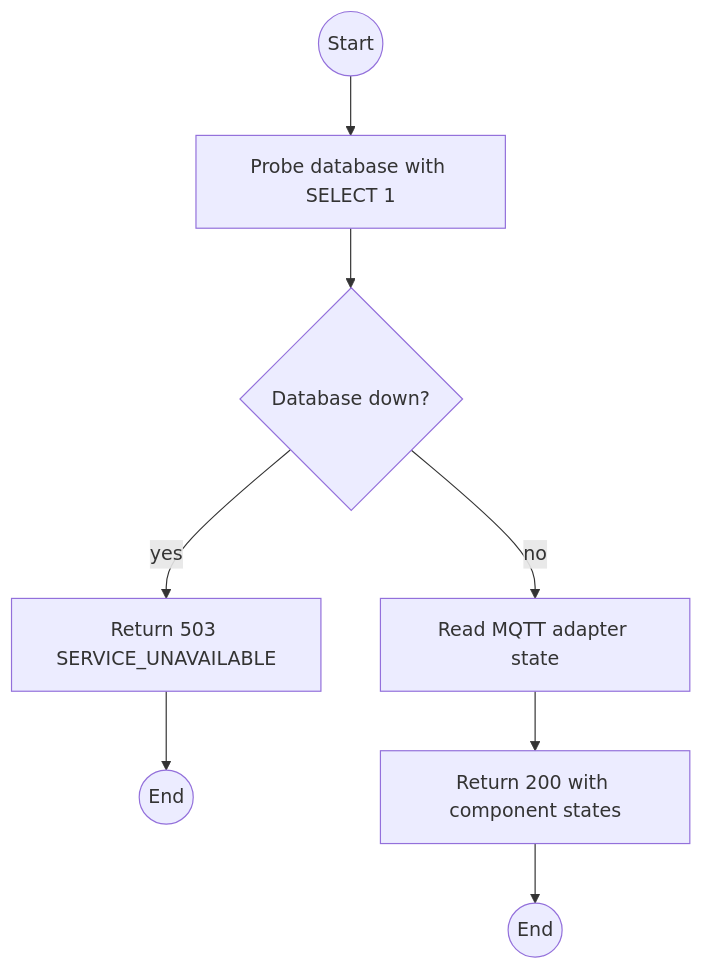
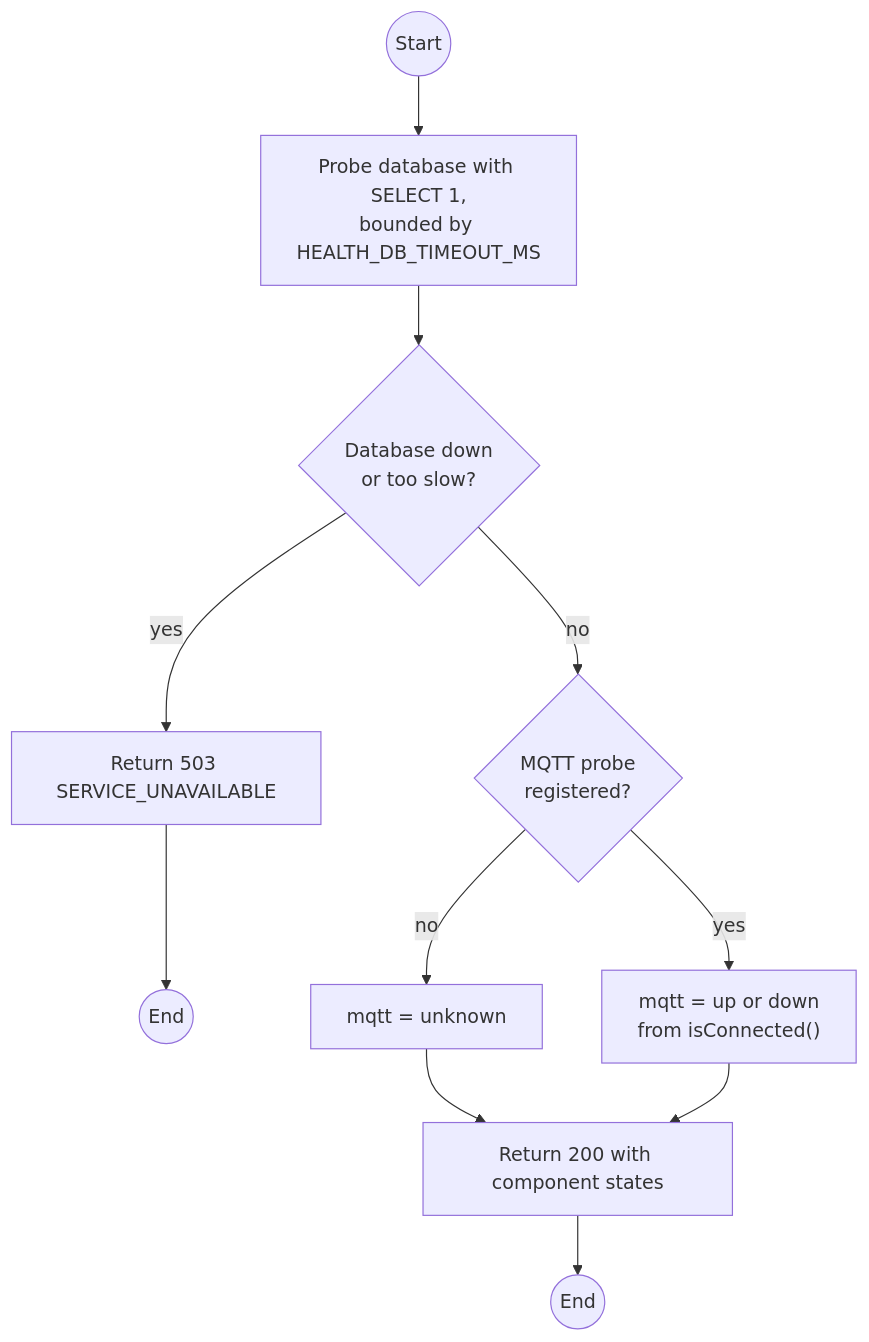
Before and after one commit to TrekLink-Team/treklink-web: the first of 2 diagrams in specs/platform/api-design/01-get-health.md, drawn with Mermaid. The commit also changed other lines of this file and 30 other files, not shown here.

````diff
--- a/specs/platform/api-design/01-get-health.md
+++ b/specs/platform/api-design/01-get-health.md
@@ -79,16 +80,21 @@
 ```mermaid
 flowchart TB
     S((Start))
-    A1["Probe database with SELECT 1"]
+    A1["Probe database with SELECT 1,<br/>bounded by HEALTH_DB_TIMEOUT_MS"]
     S --> A1
-    D2{"Database down?"}
+    D2{"Database down<br/>or too slow?"}
     A1 --> D2
     E2["Return 503 SERVICE_UNAVAILABLE"]
     D2 -->|yes| E2
     E2 --> X2((End))
-    A3["Read MQTT adapter state"]
-    D2 -->|no| A3
+    D3{"MQTT probe<br/>registered?"}
+    D2 -->|no| D3
+    U["mqtt = unknown"]
+    D3 -->|no| U
+    A3["mqtt = up or down<br/>from isConnected()"]
+    D3 -->|yes| A3
     OK["Return 200 with component states"]
+    U --> OK
     A3 --> OK
     OK --> Z((End))
 ```
````
